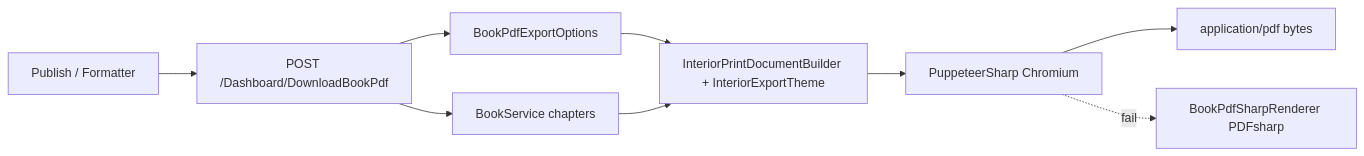
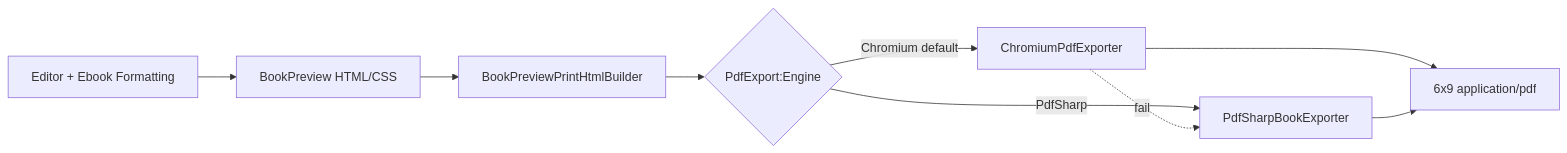
The diagram in docs/PDF_EXPORT.md (skdev10/ebook), drawn with Mermaid before and after one commit. The commit also changed other lines of this file and 19 other files, not shown here.

Commit message:
Chromium BookPreview PDF pipeline, JSON unwrap, and heading keep-with-next for all books.

````diff
--- a/docs/PDF_EXPORT.md
+++ b/docs/PDF_EXPORT.md
@@ -28,11 +7,11 @@
 ```mermaid
 flowchart LR
-  UI[Publish / Formatter] --> API[POST /Dashboard/DownloadBookPdf]
-  API --> Opts[BookPdfExportOptions]
-  API --> Chapters[BookService chapters]
-  Opts --> HTML[InteriorPrintDocumentBuilder + InteriorExportTheme]
-  Chapters --> HTML
-  HTML --> Chrome[PuppeteerSharp Chromium]
-  Chrome --> PDF[application/pdf bytes]
-  Chrome -.fail.-> Sharp[BookPdfSharpRenderer PDFsharp]
+  Editor[Editor + Ebook Formatting] --> Preview[BookPreview HTML/CSS]
+  Preview --> Builder[BookPreviewPrintHtmlBuilder]
+  Builder --> Engine{PdfExport:Engine}
+  Engine -->|Chromium default| Chrome[ChromiumPdfExporter]
+  Engine -->|PdfSharp| Sharp[PdfSharpBookExporter]
+  Chrome -.fail.-> Sharp
+  Chrome --> PDF[6x9 application/pdf]
+  Sharp --> PDF
 ```
````
